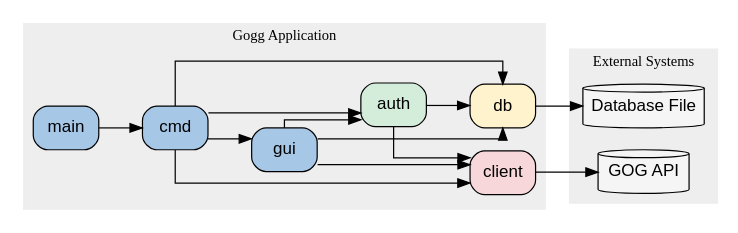
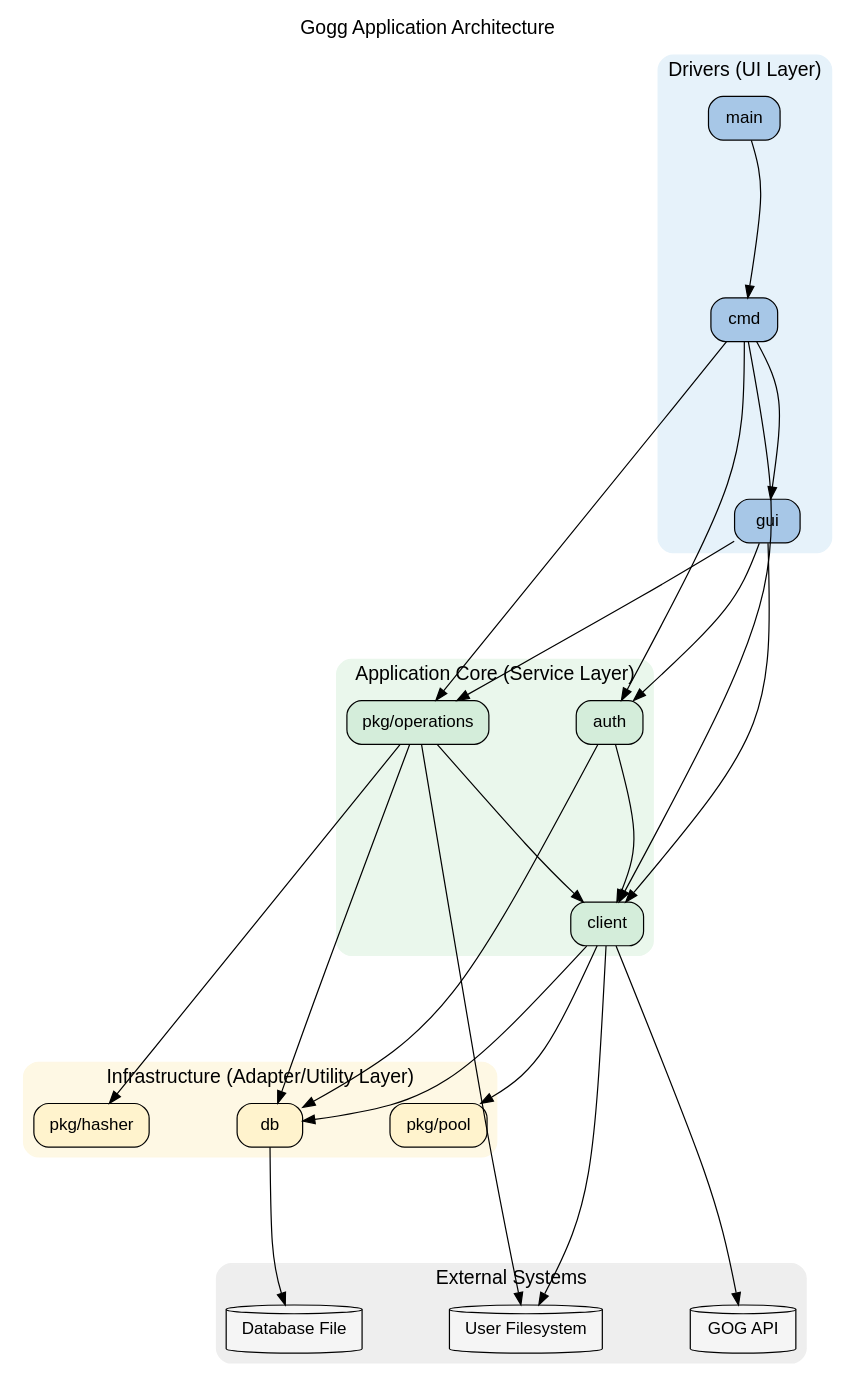
One commit to habedi/gogg changed the diagram in docs/figures/package_dependency_graph.dot. Above: the diagram before and after it, drawn with Graphviz. The commit also changed 2 other files, not shown here.

Commit message:
Update the architecture diagram

```diff
--- a/docs/figures/package_dependency_graph.dot
+++ b/docs/figures/package_dependency_graph.dot
@@ -1,48 +1,62 @@
 digraph package_dependency_graph {
-    rankdir=LR;
-    splines=ortho;
-    node [shape=box, style="rounded,filled", fontname="Arial"];
+    // Global layout settings for a less packed appearance
+    rankdir = TD;
+splines = curved;
+ranksep = 1.8;    // Increased distance between columns
+    nodesep = 1.0;    // Increased distance between nodes
+    compound = true;  // Improves layout with clusters
 
-    subgraph cluster_app {
-    label="Gogg Application";
-    style=filled;
-    color="#eeeeee";
-    fontsize=12;
+graph [label="Gogg Application Architecture", labelloc=t, fontsize=16, fontname="Arial"];
+node [shape=box, style="rounded,filled", fontname="Arial", margin="0.2,0.1"];
 
-    // UI/Driver Layer
-        main [fillcolor="#a7c7e7"]; // light blue
-        cmd [fillcolor="#a7c7e7"];
-    gui [fillcolor="#a7c7e7"];
+subgraph cluster_drivers {
+label = "Drivers (UI Layer)";
+style = "rounded,filled";
+color = "#e6f2fa";
+main [label = "main", fillcolor="#a7c7e7"];
+cmd [label = "cmd", fillcolor="#a7c7e7"];
+gui [label = "gui", fillcolor="#a7c7e7"];
+}
 
-    // Service Layer
-        auth [fillcolor="#d4edda"]; // light green
+subgraph cluster_core {
+label = "Application Core (Service Layer)";
+style = "rounded,filled";
+color = "#eaf7ec";
+auth [label = "auth", fillcolor="#d4edda"];
+client [label = "client", fillcolor="#d4edda"];
+pkg_operations [label = "pkg/operations", fillcolor="#d4edda"];
+}
 
-    // Adapter Layer
-        client [fillcolor="#f8d7da"]; // light pink
-        db [fillcolor="#fff3cd"]; // light yellow
-    }
+subgraph cluster_infra {
+label = "Infrastructure (Adapter/Utility Layer)";
+style = "rounded,filled";
+color = "#fef8e4";
+db [label = "db", fillcolor="#fff3cd"];
+pkg_hasher [label = "pkg/hasher", fillcolor="#fff3cd"];
+pkg_pool [label = "pkg/pool", fillcolor="#fff3cd"];
+}
 
-    subgraph cluster_external {
-    label="External Systems";
-    style=filled;
-    color="#eeeeee";
-    fontsize=12;
-    gog_api [label="GOG API", shape=cylinder, fillcolor=whitesmoke];
-    db_file [label="Database File", shape=cylinder, fillcolor=whitesmoke];
-    }
+subgraph cluster_external {
+label = "External Systems";
+style = "rounded,filled";
+color = "#eeeeee";
+gog_api [label = "GOG API", shape = cylinder, fillcolor = whitesmoke];
+db_file [label = "Database File", shape = cylinder, fillcolor = whitesmoke];
+user_fs [label = "User Filesystem", shape = cylinder, fillcolor = whitesmoke];
+}
 
-    // -- Dependencies --
+// -- Dependencies --
 
-    // UI Layer
+// Drivers initiate actions
     main -> cmd;
-    cmd -> {gui; auth; client; db;}
-    gui -> {auth; client; db;}
+cmd -> {gui; pkg_operations; client; auth};
+gui -> {pkg_operations; client; auth};
 
-    // Service Layer
-    auth -> client;
-    auth -> db;
+// Core orchestrates logic
+    pkg_operations -> {client; db; pkg_hasher; user_fs};
+client -> {db; pkg_pool; gog_api; user_fs};
+auth -> {client; db};
 
-    // Adapters to External
-    client -> gog_api;
+// Infrastructure provides low-level services
     db -> db_file;
 }
```
